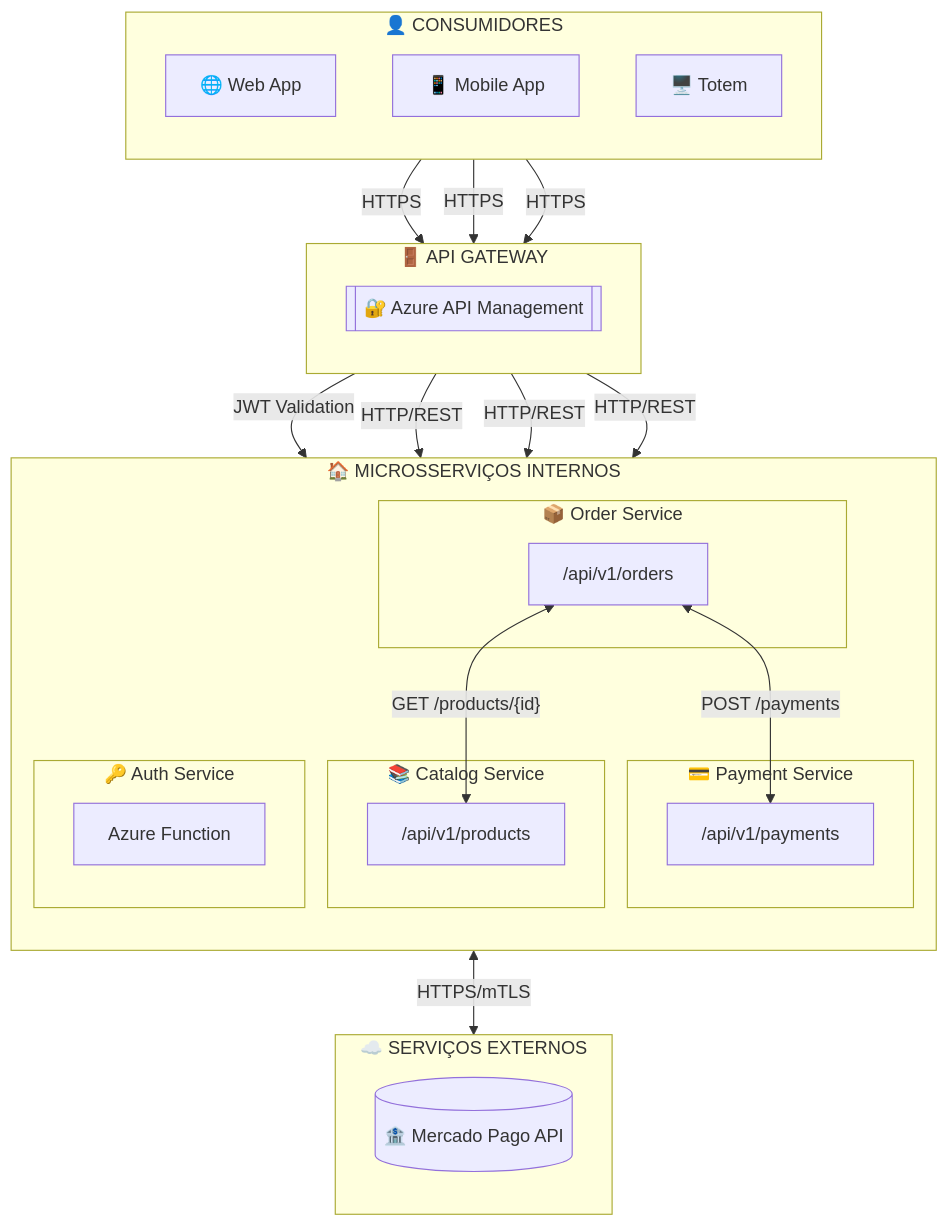
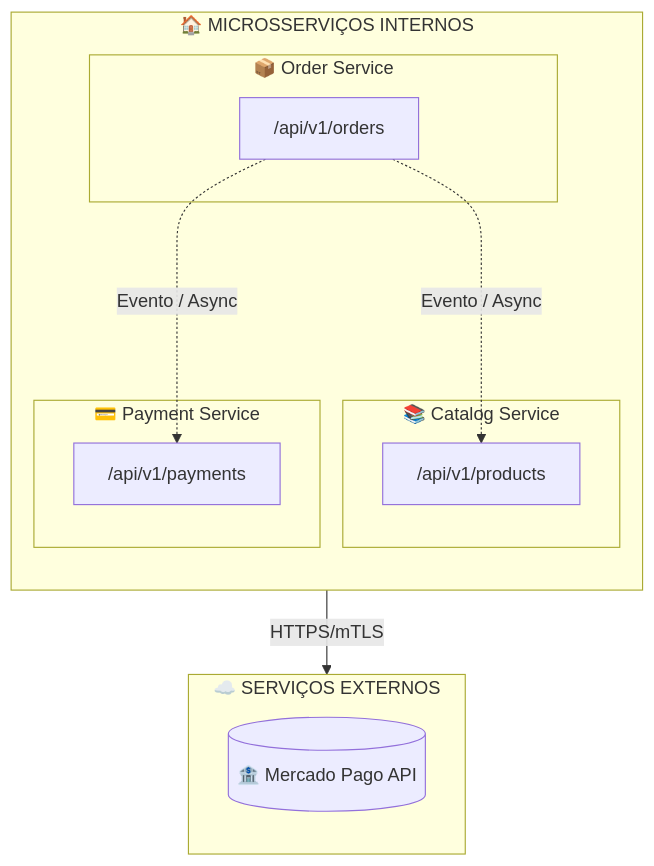
Before and after one commit to FIAP-SOAT-TECH-TEAM/foodcore-order: the diagram in README.md, drawn with Mermaid. The commit also changed other lines of this file and 2 other files, not shown here.

Commit message:
add diagram in image to stop infinite loading

````diff
--- a/README.md
+++ b/README.md
@@ -426,51 +370,31 @@
 ```mermaid
 flowchart TB
     subgraph EXTERNAL["☁️ SERVIÇOS EXTERNOS"]
         direction TB
         MP[("🏦 Mercado Pago API")]
     end
 
-    subgraph GATEWAY["🚪 API GATEWAY"]
-        direction TB
-        APIM[["🔐 Azure API Management"]]
-    end
-
     subgraph INTERNAL["🏠 MICROSSERVIÇOS INTERNOS"]
         direction TB
-        
+
         subgraph ORDER_SVC["📦 Order Service"]
             ORDER_API["/api/v1/orders"]
         end
-        
+
         subgraph CATALOG_SVC["📚 Catalog Service"]
             CATALOG_API["/api/v1/products"]
         end
-        
+
         subgraph PAYMENT_SVC["💳 Payment Service"]
             PAYMENT_API["/api/v1/payments"]
         end
-        
-        subgraph AUTH_SVC["🔑 Auth Service"]
-            AUTH_API["Azure Function"]
-        end
     end
 
-    subgraph CLIENT["👤 CONSUMIDORES"]
-        direction TB
-        WEB["🌐 Web App"]
-        MOBILE["📱 Mobile App"]
-        TOTEM["🖥️ Totem"]
-    end
+    %% FLUXO SAGA COREOGRAFADA (Assíncrono)
+    %% Order inicia o processo disparando eventos
+    ORDER_API -..->|"Evento / Async"| CATALOG_API
+    ORDER_API -..->|"Evento / Async"| PAYMENT_API
 
-    WEB & MOBILE & TOTEM -->|"HTTPS"| APIM
-    
-    APIM -->|"JWT Validation"| AUTH_API
-    APIM -->|"HTTP/REST"| ORDER_API
-    APIM -->|"HTTP/REST"| CATALOG_API
-    APIM -->|"HTTP/REST"| PAYMENT_API
-
-    ORDER_API <-->|"GET /products/{id}"| CATALOG_API
-    ORDER_API <-->|"POST /payments"| PAYMENT_API
-
-    PAYMENT_API <-->|"HTTPS/mTLS"| MP
+    %% INTEGRAÇÃO EXTERNA (Síncrona)
+    PAYMENT_API -->|"HTTPS/mTLS"| MP
 ```
````
